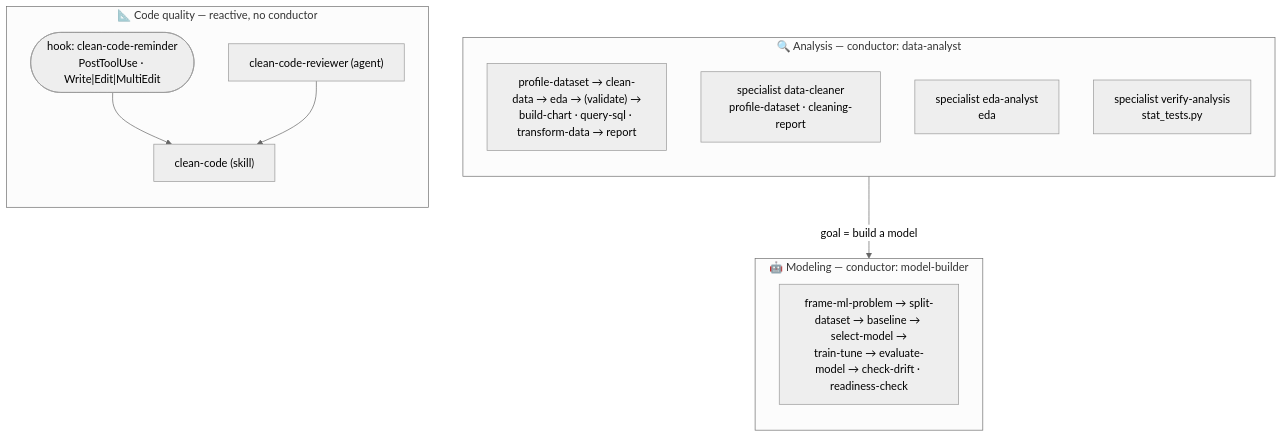
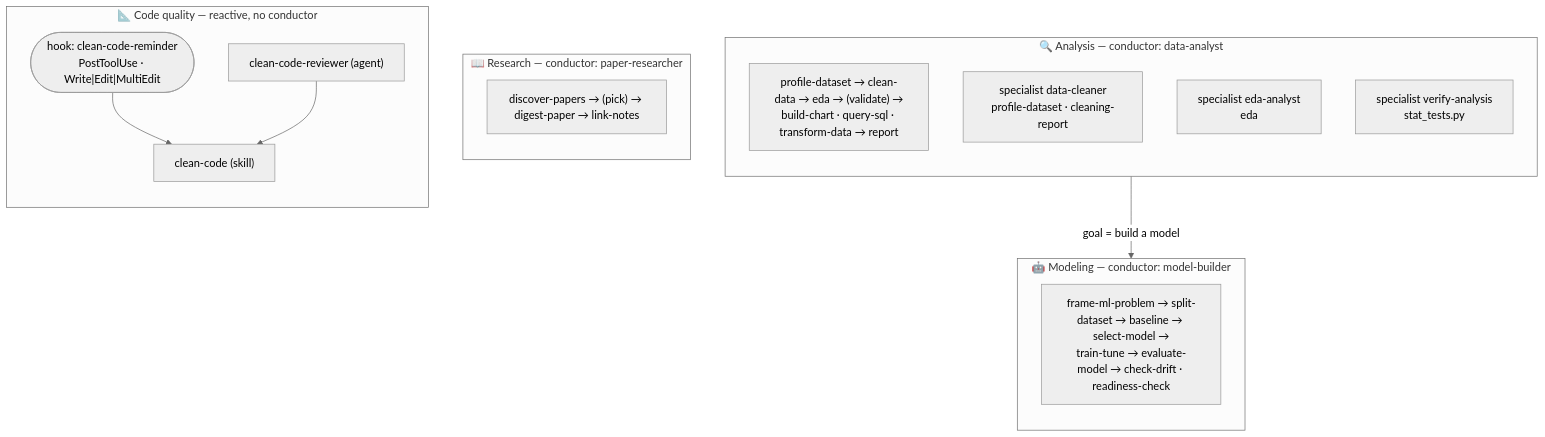
Before and after one commit to Alice-creator/claude-all-in-one-plugin: the diagram in README.md, drawn with Mermaid (neutral theme). The commit also changed other lines of this file and 12 other files, not shown here.

````diff
--- a/README.md
+++ b/README.md
@@ -9,20 +9,24 @@
 ```mermaid
 flowchart TB
     subgraph AN["🔍 Analysis — conductor: data-analyst"]
         direction TB
         ANF["profile-dataset → clean-data → eda → (validate) →<br/>build-chart · query-sql · transform-data → report"]
         DCL["specialist data-cleaner<br/>profile-dataset · cleaning-report"]
         EAN["specialist eda-analyst<br/>eda"]
         VAN["specialist verify-analysis<br/>stat_tests.py"]
     end
     subgraph ML["🤖 Modeling — conductor: model-builder"]
         direction TB
         MLF["frame-ml-problem → split-dataset → baseline → select-model →<br/>train-tune → evaluate-model → check-drift · readiness-check"]
     end
+    subgraph RP["📖 Research — conductor: paper-researcher"]
+        direction TB
+        RPF["discover-papers → (pick) → digest-paper → link-notes"]
+    end
     subgraph CQ["📐 Code quality — reactive, no conductor"]
         direction TB
         HK(["hook: clean-code-reminder<br/>PostToolUse · Write|Edit|MultiEdit"]) --> CCS["clean-code (skill)"]
         CCR["clean-code-reviewer (agent)"] --> CCS
     end
     AN -->|"goal = build a model"| ML
 ```
````
